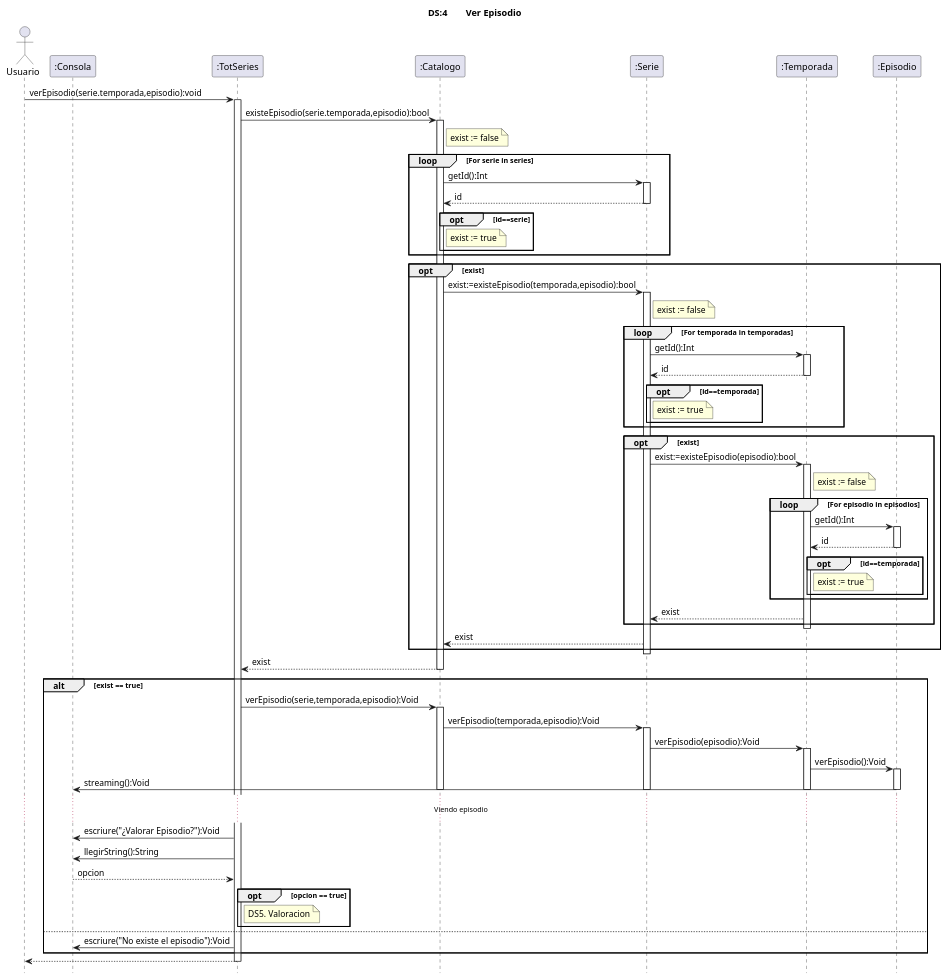
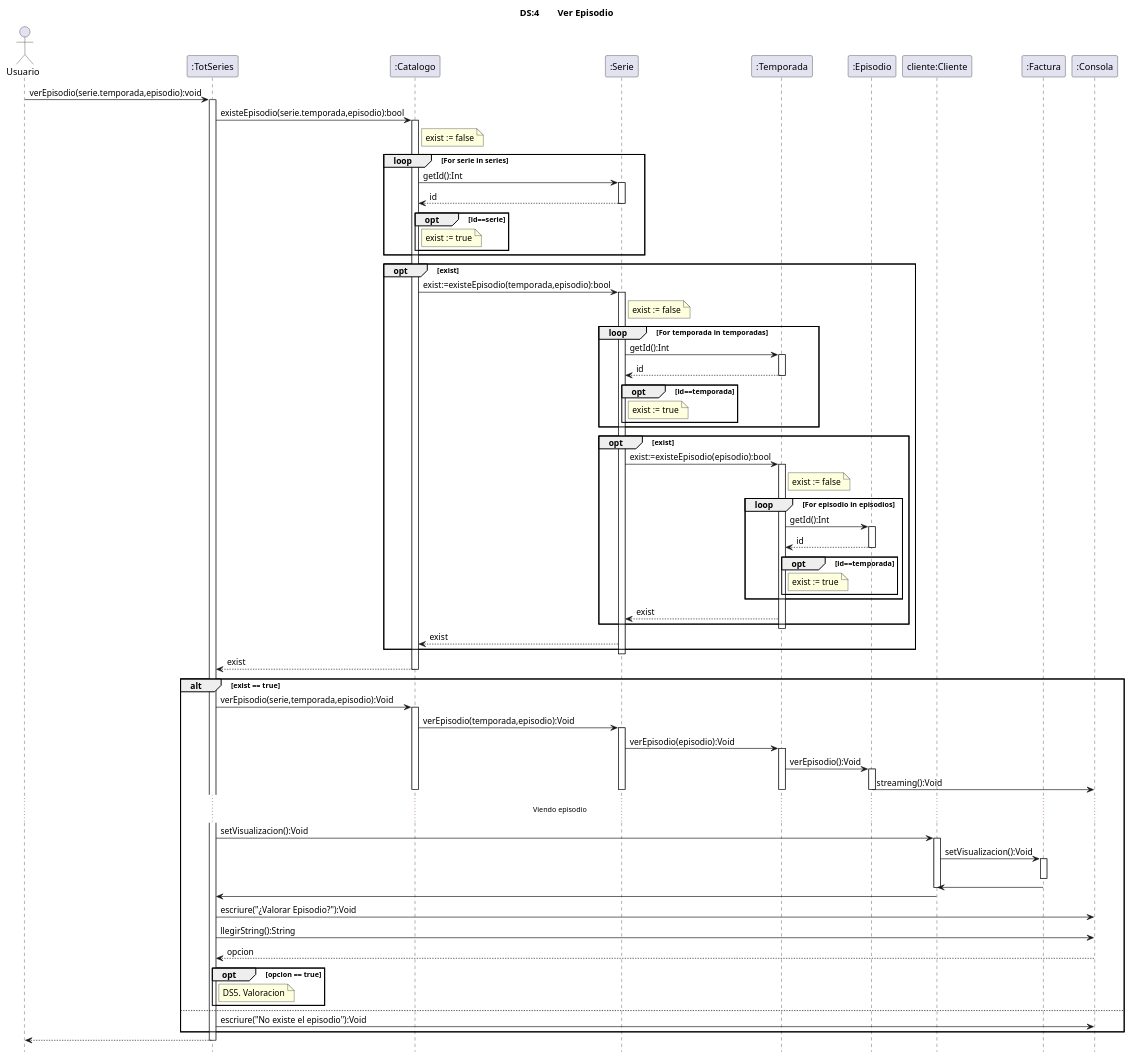
The diagram in src/totseries/Uml/Secuencia/Diagrama de Secuencia Uc4.puml (MrViciao/TotSeries), drawn with PlantUML before and after one commit.

Commit message:
Update Diagrama de Secuencia Uc4.puml

```diff
--- a/src/totseries/Uml/Secuencia/Diagrama de Secuencia Uc4.puml
+++ b/src/totseries/Uml/Secuencia/Diagrama de Secuencia Uc4.puml
@@ -1,119 +1,128 @@
 @startuml
 title	DS:4	Ver Episodio
 hide	footbox
 
 actor	Usuario
-participant ":Consola" as Consola
+
 participant ":TotSeries" as TotSeries
 participant ":Catalogo" as Catalogo
 participant ":Serie" as Serie
 participant ":Temporada" as Temporada
 participant ":Episodio" as Episodio
-
+participant "cliente:Cliente" as cliente
+participant ":Factura" as factura
+participant ":Consola" as Consola
 Usuario -> TotSeries:verEpisodio(serie.temporada,episodio):void
 activate TotSeries
 TotSeries -> Catalogo:existeEpisodio(serie.temporada,episodio):bool
 
 
 activate Catalogo 
 note right Catalogo
         exist := false
     end note
 loop For serie in series
 
     Catalogo -> Serie:getId():Int
     activate Serie
     Serie --> Catalogo:id
     deactivate Serie
 
 
     opt id==serie
         note right Catalogo
             exist := true
         end note
     end opt
 end loop
 '
 opt exist
     Catalogo -> Serie:exist:=existeEpisodio(temporada,episodio):bool
     activate Serie
     note right Serie
         exist := false
     end note
     
     loop For temporada in temporadas
         Serie -> Temporada:getId():Int
         activate Temporada
         Temporada --> Serie:id
         deactivate Temporada
 
         opt id==temporada
             note right Serie
                 exist := true
             end note
         end opt
     end loop
 '
     opt exist
         Serie -> Temporada:exist:=existeEpisodio(episodio):bool
         activate Temporada
         note right Temporada
             exist := false
         end note
 
         loop For episodio in episodios
             Temporada -> Episodio:getId():Int
             activate Episodio
             Episodio --> Temporada:id
             deactivate Episodio
 
 
             opt id==temporada
                 note right Temporada
                     exist := true
                 end note
             end opt
         end loop
         Temporada --> Serie:exist
     end opt
     deactivate Temporada
     Serie --> Catalogo:exist
 end opt
 '
 deactivate Serie
 Catalogo --> TotSeries:exist
 deactivate Catalogo
 '
 alt exist == true
     TotSeries -> Catalogo:verEpisodio(serie,temporada,episodio):Void
     activate Catalogo
     Catalogo -> Serie:verEpisodio(temporada,episodio):Void
     activate Serie
     Serie -> Temporada:verEpisodio(episodio):Void
     activate Temporada
     Temporada->Episodio:verEpisodio():Void
     activate Episodio
     Episodio->Consola:streaming():Void
     deactivate Episodio
     deactivate Temporada
     deactivate Serie
     deactivate Catalogo
     ... Viendo episodio ...
+    TotSeries->cliente:setVisualizacion():Void
+    activate cliente
+    cliente->factura:setVisualizacion():Void
+    activate factura
+    deactivate factura
+    factura->cliente
+    deactivate cliente
+    cliente->TotSeries
     TotSeries->Consola:escriure("¿Valorar Episodio?"):Void
     TotSeries -> Consola:llegirString():String
     Consola --> TotSeries:opcion
 
 
     opt opcion == true
         note right TotSeries
         DS5. Valoracion
         end note
      end opt
 else 
 TotSeries->Consola:escriure("No existe el episodio"):Void
 end alt
 
 TotSeries -->Usuario
 deactivate TotSeries
-
 @enduml
```
